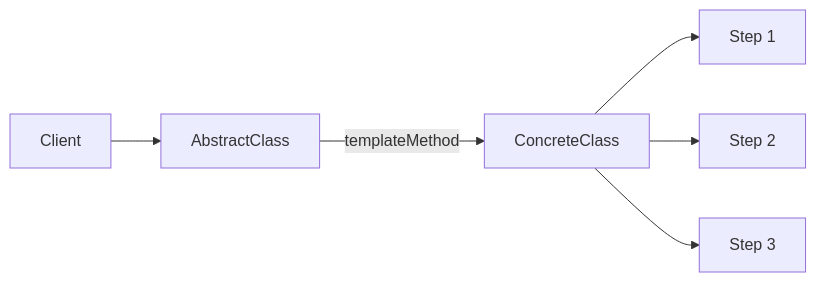
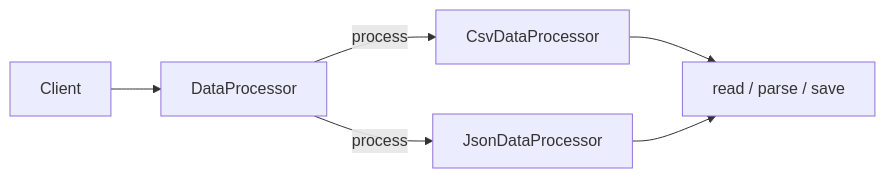
One commit to JulianZhuCode/23-design-pattern changed the first of 2 diagrams in design-patternz/src/main/java/com/zhuzz/design/patternz/templatemethod/dataprocessor/README.md. Above: the diagram before and after it, drawn with Mermaid. The commit also changed other lines of this file and 19 other files, not shown here.

````diff
--- a/design-patternz/src/main/java/com/zhuzz/design/patternz/templatemethod/dataprocessor/README.md
+++ b/design-patternz/src/main/java/com/zhuzz/design/patternz/templatemethod/dataprocessor/README.md
@@ -8,8 +8,8 @@
 ```mermaid
 flowchart LR
-    C[Client] --> A[AbstractClass]
-    A -->|templateMethod| CC[ConcreteClass]
-    CC --> S1[Step 1]
-    CC --> S2[Step 2]
-    CC --> S3[Step 3]
+    C[Client] --> D[DataProcessor]
+    D -->|process| CSV[CsvDataProcessor]
+    D -->|process| JSON[JsonDataProcessor]
+    CSV --> S[read / parse / save]
+    JSON --> S
 ```
````
